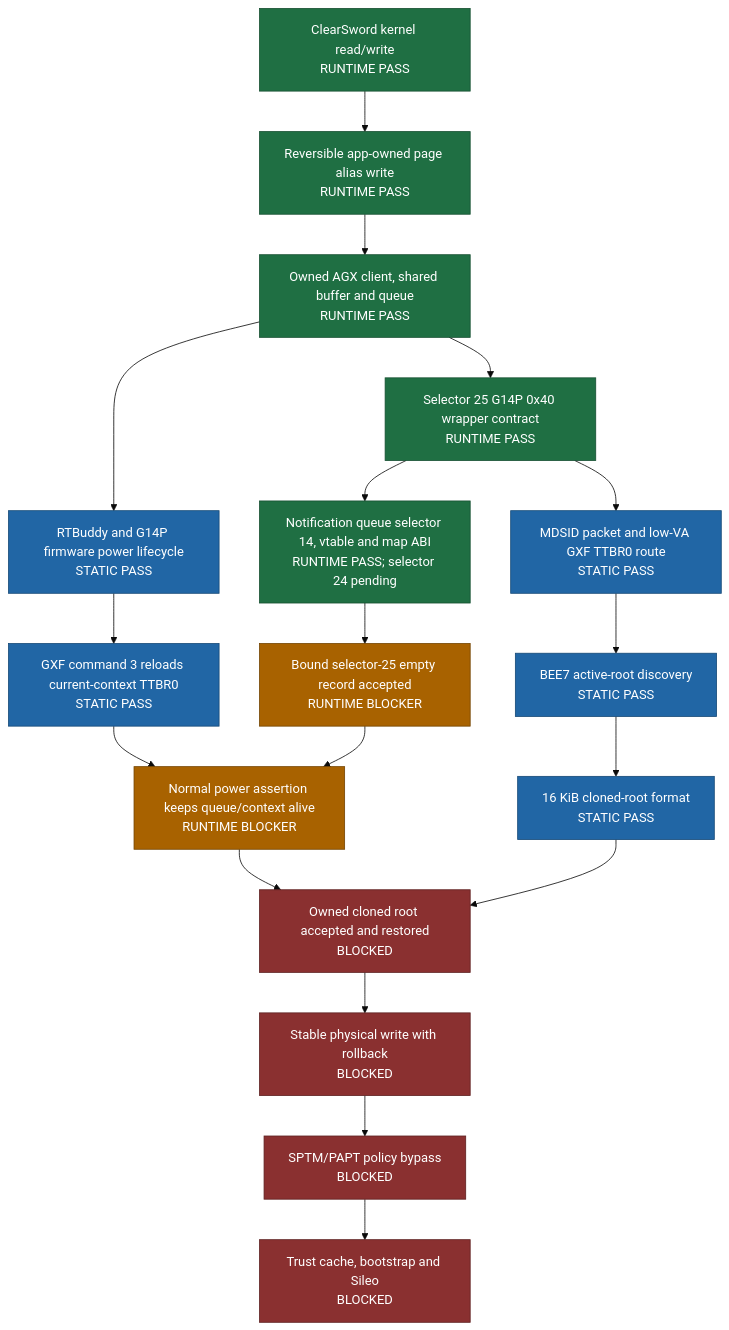
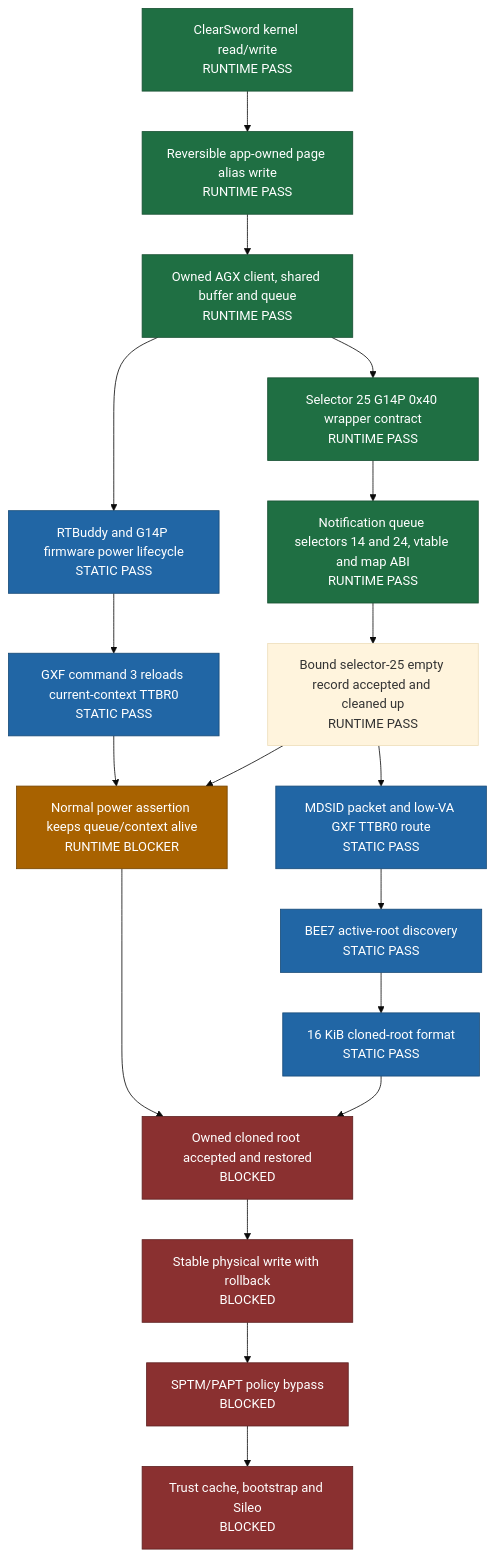
One commit to Philiphall6/Dopamine-private changed the diagram in README.md. Above: the diagram before and after it, drawn with Mermaid (base theme). The commit also changed other lines of this file and 3 other files, not shown here.

Commit message:
Document accepted AGX empty record

````diff
--- a/README.md
+++ b/README.md
@@ -22,36 +22,36 @@
 ```mermaid
 flowchart TD
     A[ClearSword kernel read/write<br/>RUNTIME PASS]
     B[Reversible app-owned page alias write<br/>RUNTIME PASS]
     C[Owned AGX client, shared buffer and queue<br/>RUNTIME PASS]
     D[Selector 25 G14P 0x40 wrapper contract<br/>RUNTIME PASS]
-    E[Notification queue selector 14, vtable and map ABI<br/>RUNTIME PASS; selector 24 pending]
+    E[Notification queue selectors 14 and 24, vtable and map ABI<br/>RUNTIME PASS]
     P[MDSID packet and low-VA GXF TTBR0 route<br/>STATIC PASS]
     F[BEE7 active-root discovery<br/>STATIC PASS]
     G[16 KiB cloned-root format<br/>STATIC PASS]
     H[RTBuddy and G14P firmware power lifecycle<br/>STATIC PASS]
     I[GXF command 3 reloads current-context TTBR0<br/>STATIC PASS]
-    J[Bound selector-25 empty record accepted<br/>RUNTIME BLOCKER]
+    J[Bound selector-25 empty record accepted and cleaned up<br/>RUNTIME PASS]
     K[Normal power assertion keeps queue/context alive<br/>RUNTIME BLOCKER]
     L[Owned cloned root accepted and restored<br/>BLOCKED]
     M[Stable physical write with rollback<br/>BLOCKED]
     N[SPTM/PAPT policy bypass<br/>BLOCKED]
     O[Trust cache, bootstrap and Sileo<br/>BLOCKED]
 
-    A --> B --> C --> D --> E --> J
+    A --> B --> C --> D --> E --> J --> P
     C --> H --> I --> K
-    D --> P --> F --> G
+    P --> F --> G
     J --> K --> L --> M --> N --> O
     G --> L
 
     classDef runtime fill:#1f6f43,color:#fff,stroke:#164f31
     classDef static fill:#2166a5,color:#fff,stroke:#174a78
     classDef pending fill:#a86200,color:#fff,stroke:#744400
     classDef blocked fill:#8a3030,color:#fff,stroke:#5e2020
     class A,B,C runtime
     class D runtime
     class E runtime
     class P,F,G,H,I static
-    class J,K pending
+    class K pending
     class L,M,N,O blocked
 ```
````
